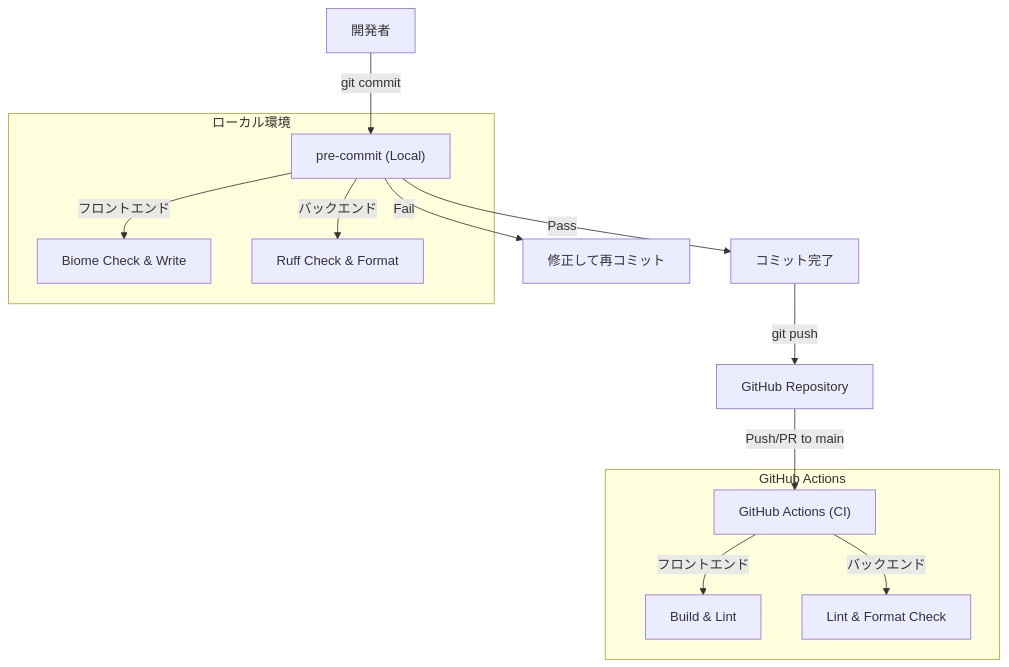
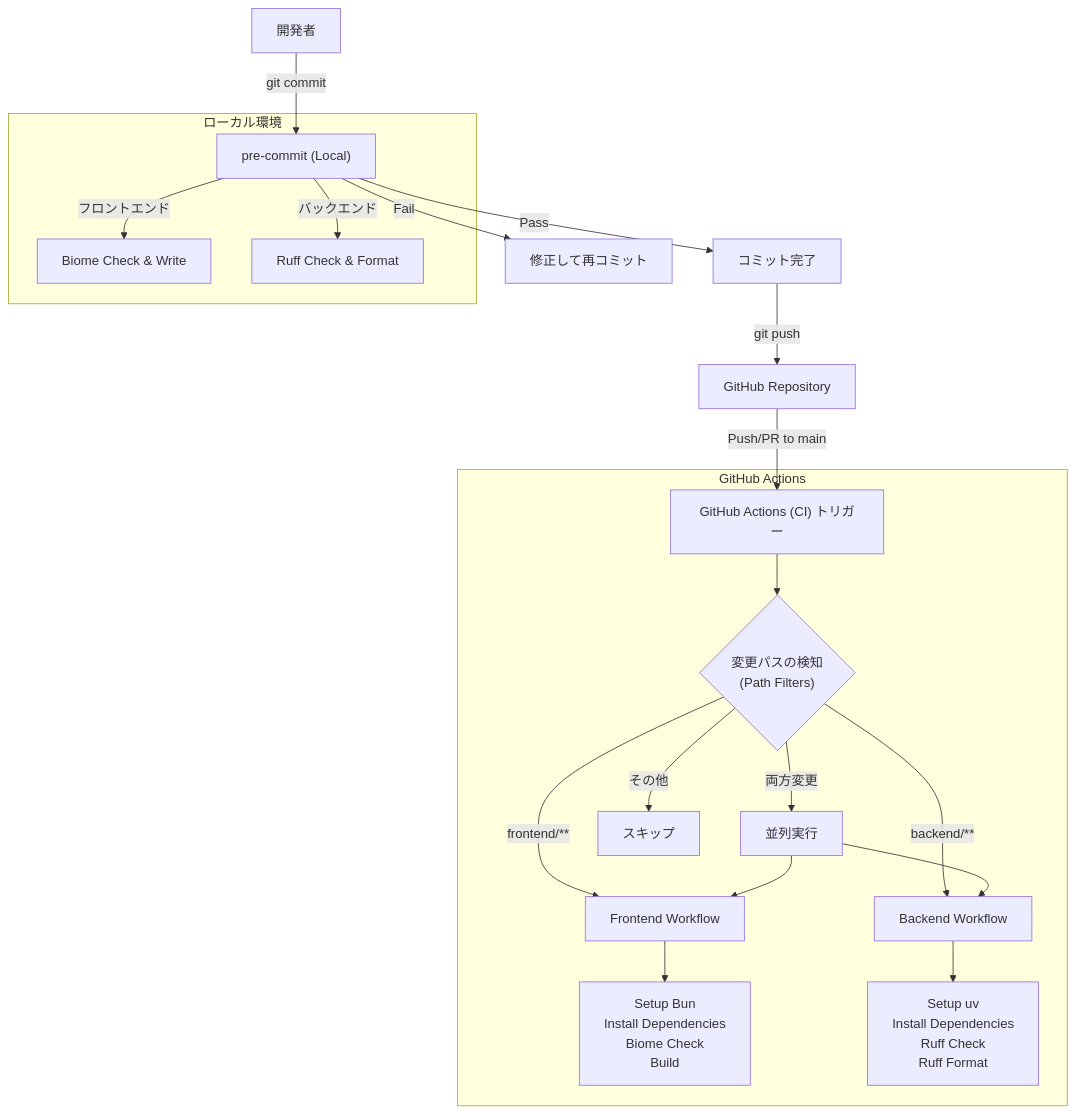
One commit to shinhasegawa1223/solo-saving changed the diagram in docs/ci-cd-workflow.md. Above: the diagram before and after it, drawn with Mermaid.

Commit message:
docs: CI/CDフロー図にパスフィルターによる分岐処理を追記

````diff
--- a/docs/ci-cd-workflow.md
+++ b/docs/ci-cd-workflow.md
@@ -8,19 +8,29 @@
 ```mermaid
 graph TD
     User[開発者] -->|git commit| PreCommit["pre-commit (Local)"]
     PreCommit -->|Pass| Commit[コミット完了]
     PreCommit -->|Fail| Fix[修正して再コミット]
 
     Commit -->|git push| GitHub[GitHub Repository]
-    GitHub -->|Push/PR to main| Actions["GitHub Actions (CI)"]
+    GitHub -->|Push/PR to main| Actions["GitHub Actions (CI) トリガー"]
 
     subgraph Local [ローカル環境]
         PreCommit -- フロントエンド --> BiomeCheck["Biome Check & Write"]
         PreCommit -- バックエンド --> RuffCheck["Ruff Check & Format"]
     end
 
     subgraph CI [GitHub Actions]
-        Actions -- フロントエンド --> FE_CI["Build & Lint"]
-        Actions -- バックエンド --> BE_CI["Lint & Format Check"]
+        Actions --> DiffCheck{"変更パスの検知<br>(Path Filters)"}
+
+        DiffCheck -- "frontend/**" --> FE_Workflow["Frontend Workflow"]
+        DiffCheck -- "backend/**" --> BE_Workflow["Backend Workflow"]
+        DiffCheck -- 両方変更 --> Both["並列実行"]
+        DiffCheck -- その他 --> Skip[スキップ]
+
+        FE_Workflow --> FE_Steps["Setup Bun <br> Install Dependencies <br> Biome Check <br> Build"]
+        BE_Workflow --> BE_Steps["Setup uv <br> Install Dependencies <br> Ruff Check <br> Ruff Format"]
+
+        Both --> FE_Workflow
+        Both --> BE_Workflow
     end
 ```
````
